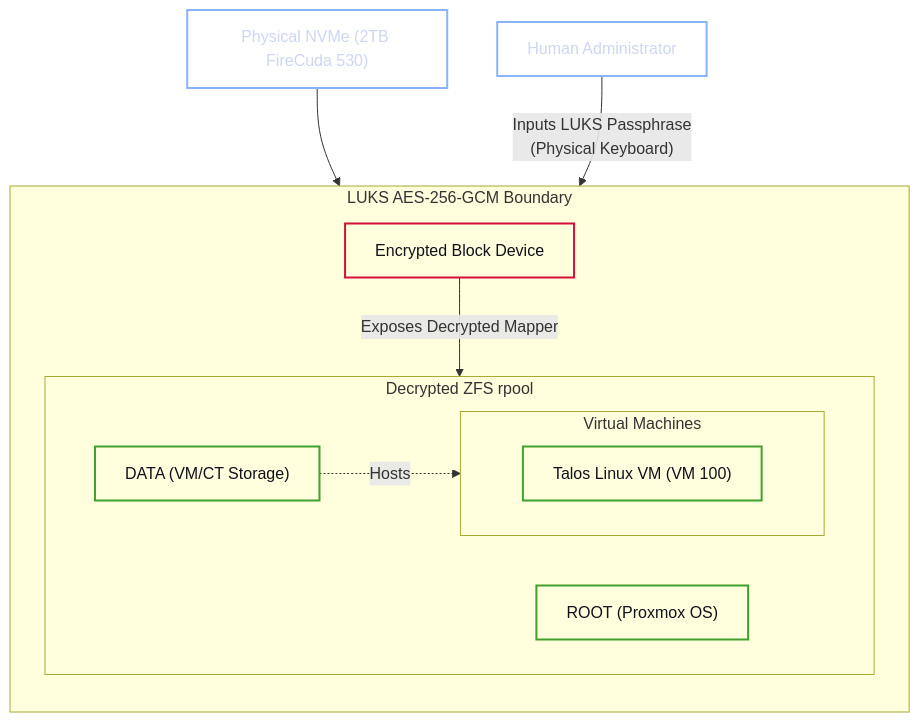
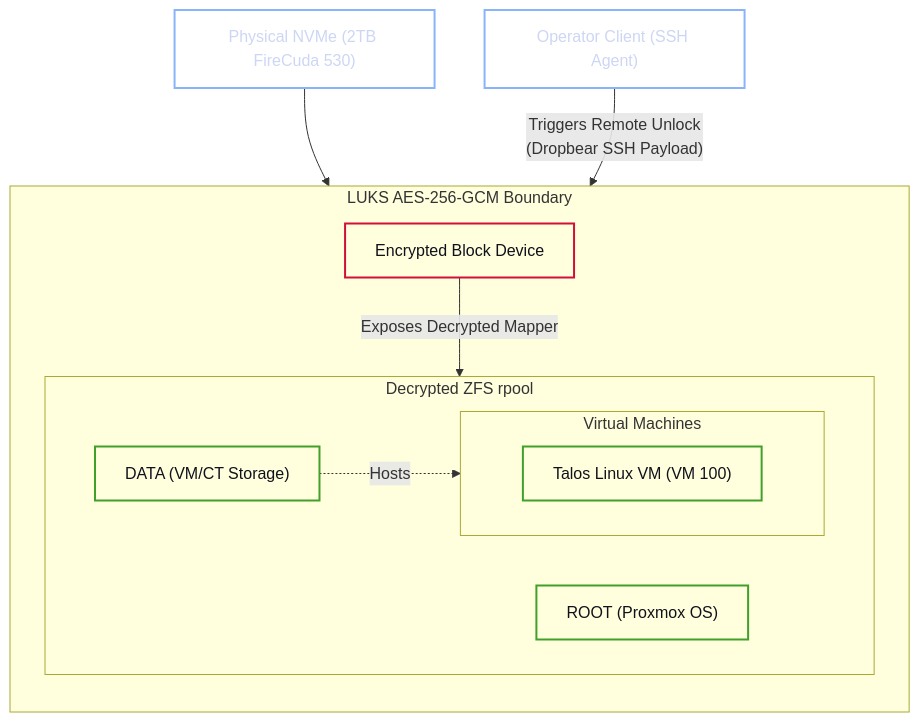
Before and after one commit to foersben/janus-synapse-edge: the diagram in docs/02. Debian Substrate, LUKS Encryption & Proxmox Sideloading.md, drawn with Mermaid. The commit also changed other lines of this file and 3 other files, not shown here.

````diff
--- a/docs/02. Debian Substrate, LUKS Encryption & Proxmox Sideloading.md
+++ b/docs/02. Debian Substrate, LUKS Encryption & Proxmox Sideloading.md
@@ -64,30 +64,30 @@
 ```mermaid
 flowchart TD
     %% Cryptographic Boundary Diagram
     classDef hardware fill:transparent,stroke:#89b4fa,stroke-width:2px,color:#cdd6f4
     classDef encrypted fill:transparent,stroke:#d20f39,stroke-width:2px,color:#11111b
     classDef decrypted fill:transparent,stroke:#40a02b,stroke-width:2px,color:#11111b
 
     PhysicalDrive["Physical NVMe (2TB FireCuda 530)"]:::hardware
 
     subgraph LUKSLayer["LUKS AES-256-GCM Boundary"]
         direction TB
         LUKSContainer["Encrypted Block Device"]:::encrypted
 
         subgraph ZFSPool["Decrypted ZFS rpool"]
             ROOT["ROOT (Proxmox OS)"]:::decrypted
             DATA["DATA (VM/CT Storage)"]:::decrypted
 
             subgraph VMs["Virtual Machines"]
                 Talos["Talos Linux VM (VM 100)"]:::decrypted
             end
         end
     end
 
-    Human["Human Administrator"]:::hardware
+    Operator["Operator Client (SSH Agent)"]:::hardware
 
     PhysicalDrive --> LUKSContainer
-    Human -- "Inputs LUKS Passphrase<br/>(Physical Keyboard)" --> LUKSContainer
+    Operator -- "Triggers Remote Unlock<br/>(Dropbear SSH Payload)" --> LUKSContainer
     LUKSContainer -- "Exposes Decrypted Mapper" --> ZFSPool
     DATA -. "Hosts" .-> VMs
 ```
````
